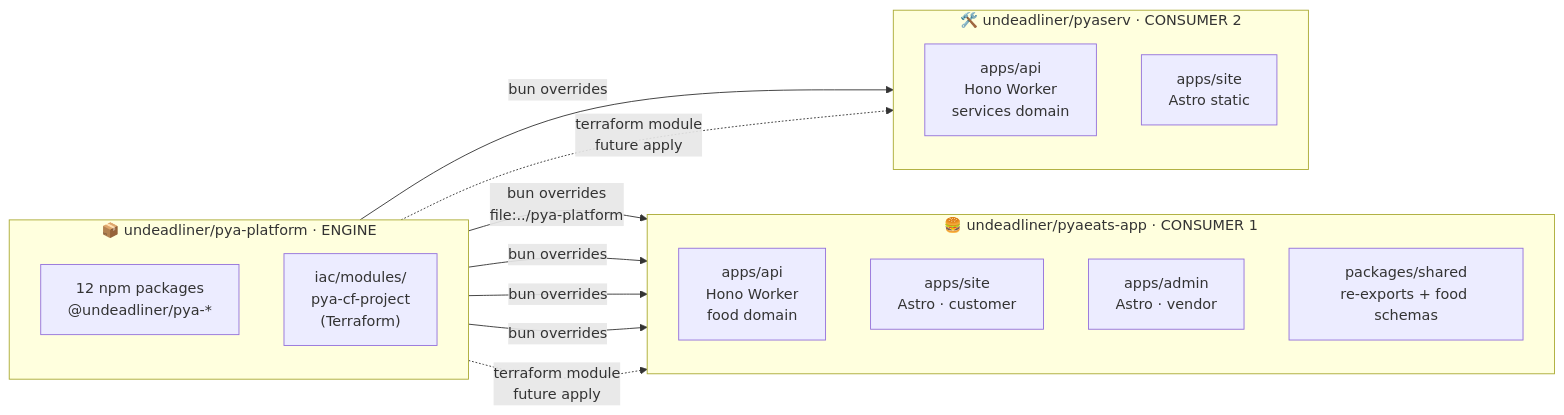
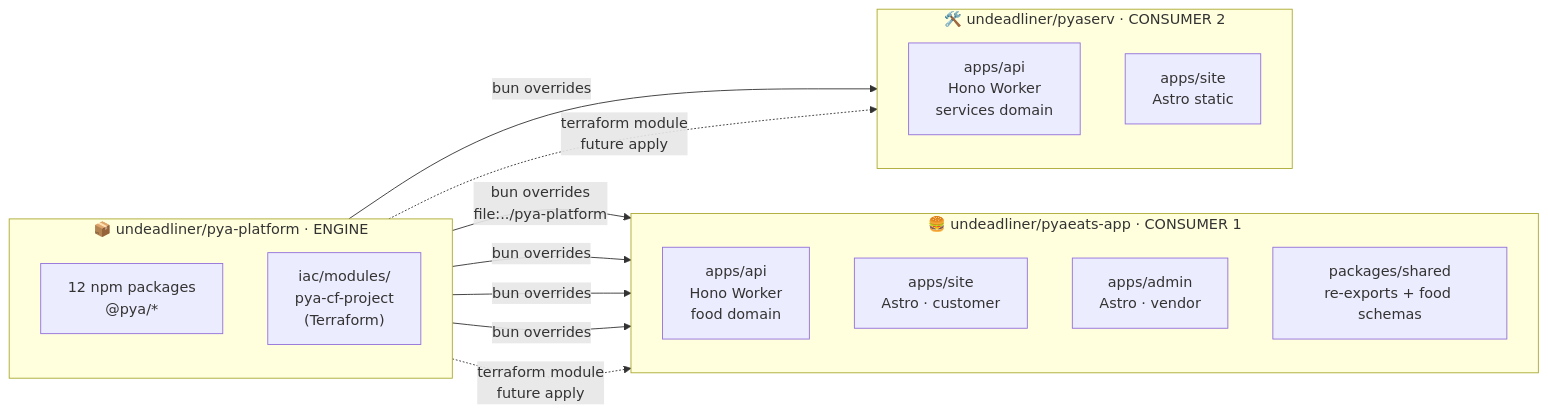
Before and after one commit to pya-company/pya-platform: the first of 3 diagrams in docs/architecture.md, drawn with Mermaid. The commit also changed 35 other files, not shown here.

First line of the commit message:
feat!: rename scope @undeadliner/pya-* → @pya/* (npmjs.org org)

````diff
--- a/docs/architecture.md
+++ b/docs/architecture.md
@@ -7,30 +7,30 @@
 ```mermaid
 flowchart LR
   subgraph PL["📦 undeadliner/pya-platform · ENGINE"]
     direction TB
-    PLpkg["12 npm packages<br/>@undeadliner/pya-*"]
+    PLpkg["12 npm packages<br/>@pya/*"]
     PLiac["iac/modules/<br/>pya-cf-project<br/>(Terraform)"]
   end
 
   subgraph PE["🍔 undeadliner/pyaeats-app · CONSUMER 1"]
     direction TB
     PEapi[apps/api<br/>Hono Worker<br/>food domain]
     PEsite[apps/site<br/>Astro · customer]
     PEadmin[apps/admin<br/>Astro · vendor]
     PEshared[packages/shared<br/>re-exports + food schemas]
   end
 
   subgraph PS["🛠️ undeadliner/pyaserv · CONSUMER 2"]
     direction TB
     PSapi[apps/api<br/>Hono Worker<br/>services domain]
     PSsite[apps/site<br/>Astro static]
   end
 
   PLpkg -->|bun overrides<br/>file:../pya-platform| PEshared
   PLpkg -->|bun overrides| PEapi
   PLpkg -->|bun overrides| PEsite
   PLpkg -->|bun overrides| PEadmin
   PLpkg -->|bun overrides| PSapi
   PLiac -.->|terraform module<br/>future apply| PEapi
   PLiac -.->|terraform module<br/>future apply| PSapi
 ```
````
